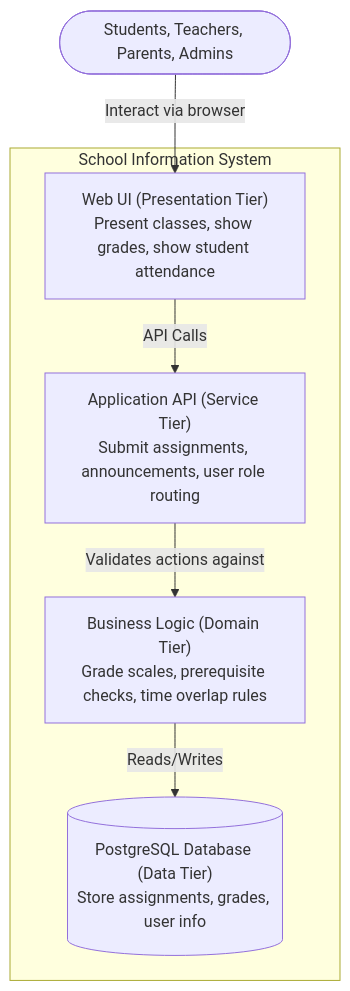
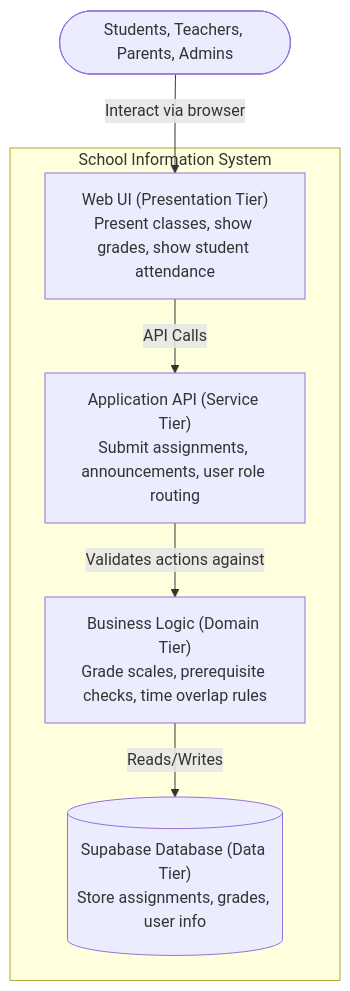
The second of 4 diagrams in README.md (JosephGabrie/cen5064-project-JosephGabrie), drawn with Mermaid before and after one commit. The commit also changed other lines of this file and 1 other file, not shown here.

Commit message:
docs: add ADR-002 for Supabase data storage and update 4-tier breakdown table

````diff
--- a/README.md
+++ b/README.md
@@ -81,19 +81,19 @@
 ```mermaid
 %% Container view: your containers should match the tier table above.
 flowchart TB
     Users([Students, Teachers, Parents, Admins]) --> |Interact via browser| ui
 
     subgraph SIS [School Information System]
         ui["Web UI (Presentation Tier)<br/>Present classes, show grades, show student attendance"] 
         
         api["Application API (Service Tier)<br/>Submit assignments, announcements, user role routing"]
         
         domain["Business Logic (Domain Tier)<br/>Grade scales, prerequisite checks, time overlap rules"]
         
-        db[("PostgreSQL Database (Data Tier)<br/>Store assignments, grades, user info")]
+        db[("Supabase Database (Data Tier)<br/>Store assignments, grades, user info")]
 
         ui -->|API Calls| api
         api -->|Validates actions against| domain
         domain -->|Reads/Writes| db
     end
 ```
````
